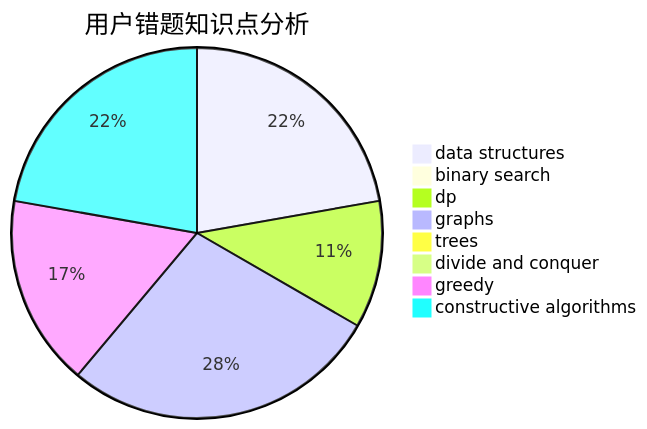
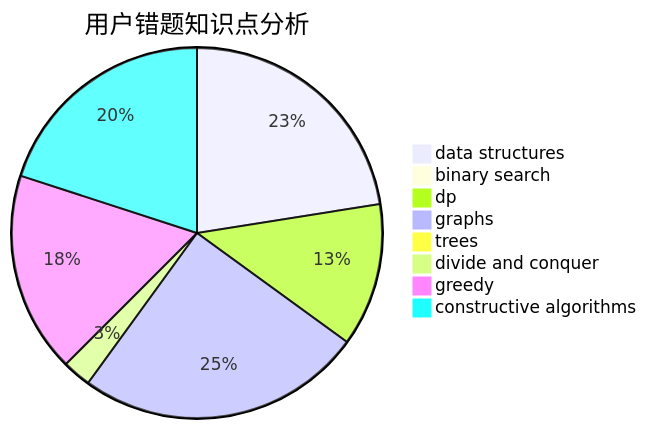
The third of 3 diagrams in docs/user/u542.md (sherpahu/cfrs.github.io), drawn with Mermaid before and after one commit. The commit also changed other lines of this file and 2770 other files, not shown here.

````diff
--- a/docs/user/u542.md
+++ b/docs/user/u542.md
@@ -36,11 +36,11 @@
 ```mermaid
 pie title 用户错题知识点分析
-    "data structures" :  8
+    "data structures" :  9
     "binary search" :  0
-    "dp" :  4
+    "dp" :  5
     "graphs" :  10
     "trees" :  0
-    "divide and conquer" :  0
-    "greedy" :  6
+    "divide and conquer" :  1
+    "greedy" :  7
     "constructive algorithms" :  8
 ```
````
